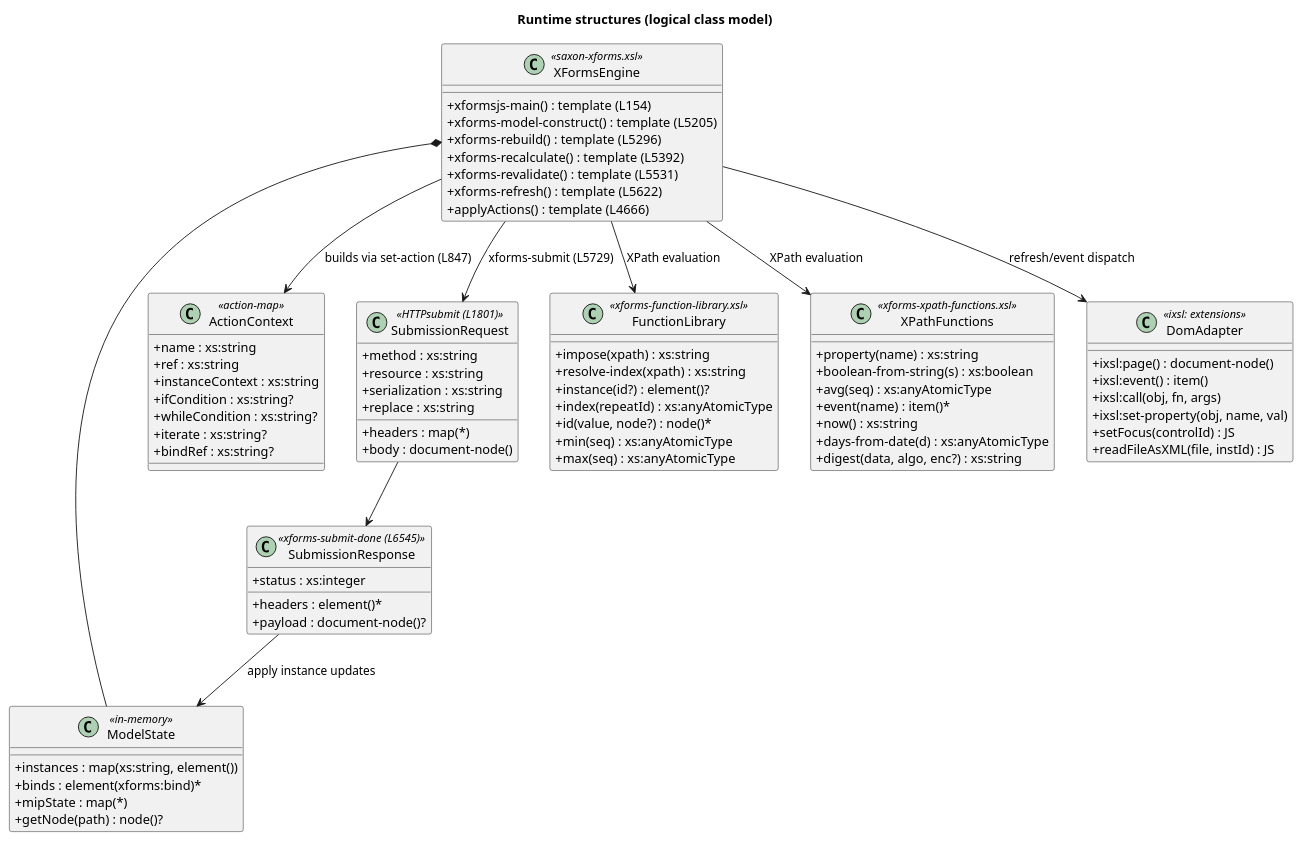
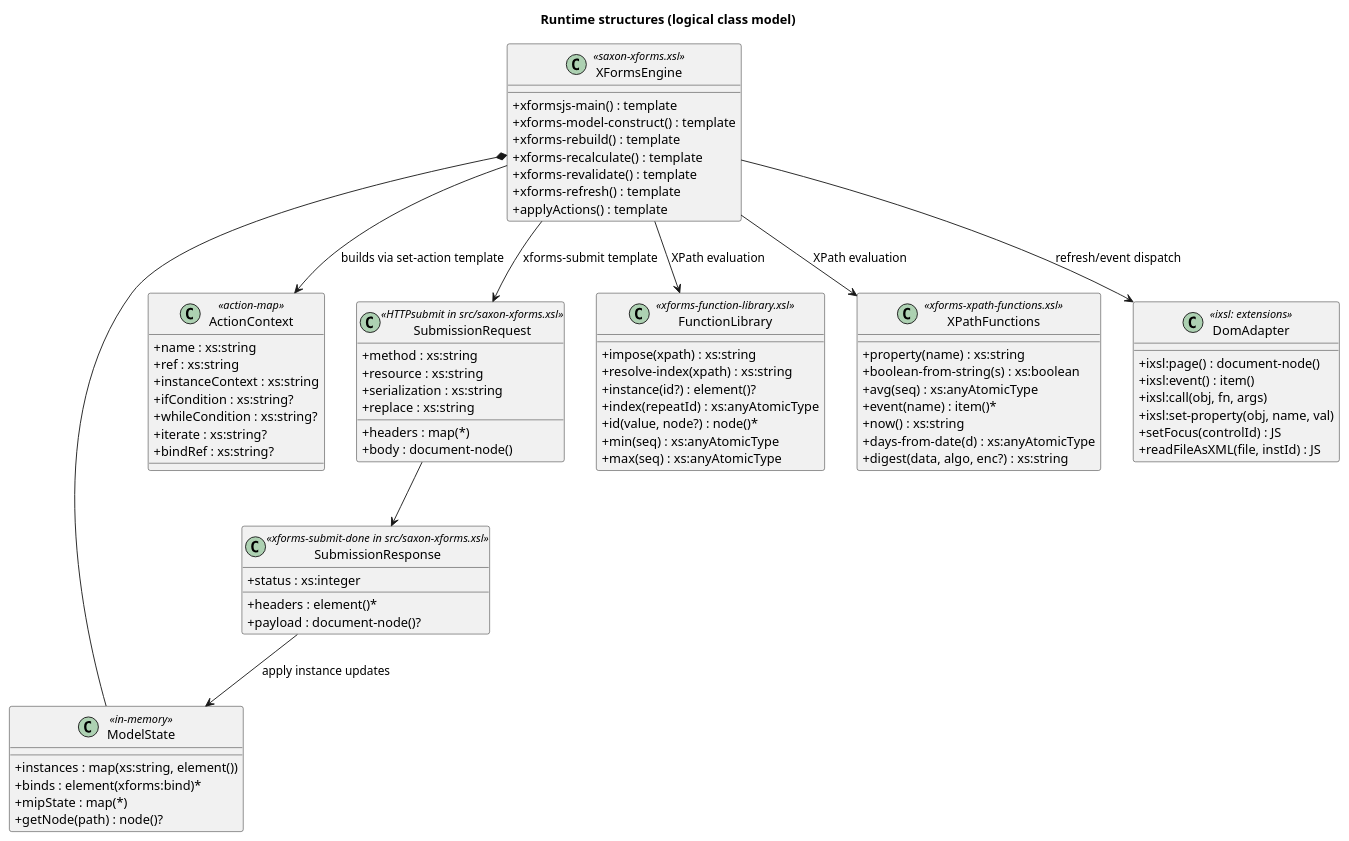
One commit to JDziurlaj/Saxon-Forms changed the diagram in docs/docbook/diagrams/class-runtime-structures.plantuml. Above: the diagram before and after it, drawn with PlantUML. The commit also changed 18 other files, not shown here.

```diff
--- a/docs/docbook/diagrams/class-runtime-structures.plantuml
+++ b/docs/docbook/diagrams/class-runtime-structures.plantuml
@@ -1,84 +1,84 @@
 @startuml
 title Runtime structures (logical class model)
 skinparam classAttributeIconSize 0
 
 class XFormsEngine <<saxon-xforms.xsl>> {
-  +xformsjs-main() : template (L154)
-  +xforms-model-construct() : template (L5205)
-  +xforms-rebuild() : template (L5296)
-  +xforms-recalculate() : template (L5392)
-  +xforms-revalidate() : template (L5531)
-  +xforms-refresh() : template (L5622)
-  +applyActions() : template (L4666)
+  +xformsjs-main() : template
+  +xforms-model-construct() : template
+  +xforms-rebuild() : template
+  +xforms-recalculate() : template
+  +xforms-revalidate() : template
+  +xforms-refresh() : template
+  +applyActions() : template
 }
 
 class ModelState <<in-memory>> {
   +instances : map(xs:string, element())
   +binds : element(xforms:bind)*
   +mipState : map(*)
   +getNode(path) : node()?
 }
 
 class ActionContext <<action-map>> {
   +name : xs:string
   +ref : xs:string
   +instanceContext : xs:string
   +ifCondition : xs:string?
   +whileCondition : xs:string?
   +iterate : xs:string?
   +bindRef : xs:string?
 }
 
-class SubmissionRequest <<HTTPsubmit (L1801)>> {
+class SubmissionRequest <<HTTPsubmit in src/saxon-xforms.xsl>> {
   +method : xs:string
   +resource : xs:string
   +headers : map(*)
   +body : document-node()
   +serialization : xs:string
   +replace : xs:string
 }
 
-class SubmissionResponse <<xforms-submit-done (L6545)>> {
+class SubmissionResponse <<xforms-submit-done in src/saxon-xforms.xsl>> {
   +status : xs:integer
   +headers : element()*
   +payload : document-node()?
 }
 
 class FunctionLibrary <<xforms-function-library.xsl>> {
   +impose(xpath) : xs:string
   +resolve-index(xpath) : xs:string
   +instance(id?) : element()?
   +index(repeatId) : xs:anyAtomicType
   +id(value, node?) : node()*
   +min(seq) : xs:anyAtomicType
   +max(seq) : xs:anyAtomicType
 }
 
 class XPathFunctions <<xforms-xpath-functions.xsl>> {
   +property(name) : xs:string
   +boolean-from-string(s) : xs:boolean
   +avg(seq) : xs:anyAtomicType
   +event(name) : item()*
   +now() : xs:string
   +days-from-date(d) : xs:anyAtomicType
   +digest(data, algo, enc?) : xs:string
 }
 
 class DomAdapter <<ixsl: extensions>> {
   +ixsl:page() : document-node()
   +ixsl:event() : item()
   +ixsl:call(obj, fn, args)
   +ixsl:set-property(obj, name, val)
   +setFocus(controlId) : JS
   +readFileAsXML(file, instId) : JS
 }
 
 XFormsEngine *-- ModelState
-XFormsEngine --> ActionContext : builds via set-action (L847)
+XFormsEngine --> ActionContext : builds via set-action template
 XFormsEngine --> DomAdapter : refresh/event dispatch
-XFormsEngine --> SubmissionRequest : xforms-submit (L5729)
+XFormsEngine --> SubmissionRequest : xforms-submit template
 XFormsEngine --> FunctionLibrary : XPath evaluation
 XFormsEngine --> XPathFunctions : XPath evaluation
 SubmissionRequest --> SubmissionResponse
 SubmissionResponse --> ModelState : apply instance updates
 @enduml
```
